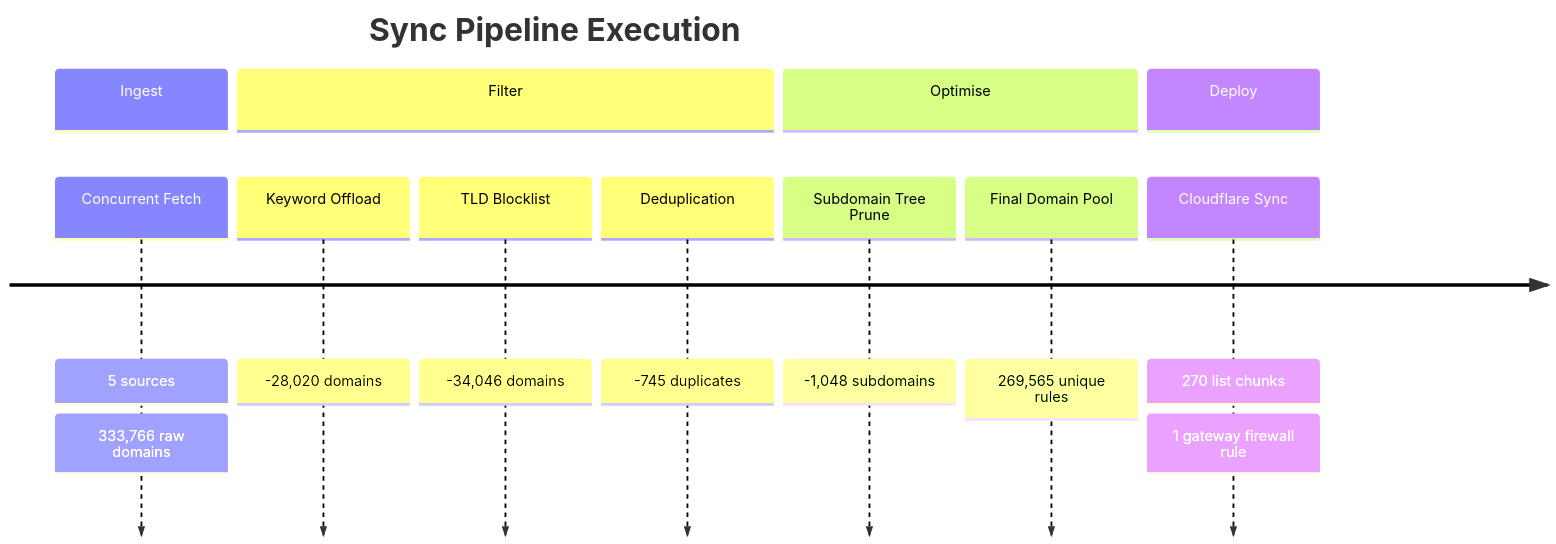
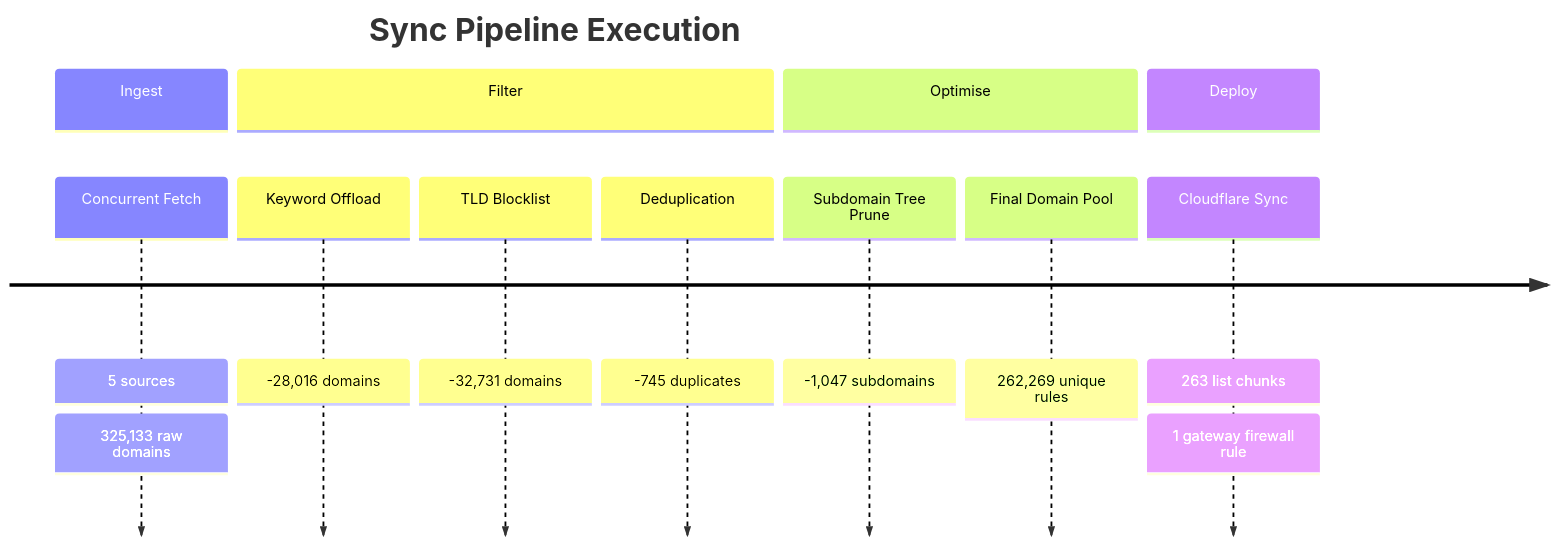
The second of 6 diagrams in README_STATS.md (brojangles24/Cloudflare-ZeroTrust-AdBlock), drawn with Mermaid before and after one commit. The commit also changed other lines of this file and 1 other file, not shown here.

````diff
--- a/README_STATS.md
+++ b/README_STATS.md
@@ -54,17 +54,17 @@
 ```mermaid
 timeline
     title Sync Pipeline Execution
     section Ingest
         Concurrent Fetch   : 5 sources
-                           : 333,766 raw domains
+                           : 325,133 raw domains
     section Filter
-        Keyword Offload    : -28,020 domains
-        TLD Blocklist      : -34,046 domains
+        Keyword Offload    : -28,016 domains
+        TLD Blocklist      : -32,731 domains
         Deduplication      : -745 duplicates
     section Optimise
-        Subdomain Tree Prune : -1,048 subdomains
-        Final Domain Pool    : 269,565 unique rules
+        Subdomain Tree Prune : -1,047 subdomains
+        Final Domain Pool    : 262,269 unique rules
     section Deploy
-        Cloudflare Sync    : 270 list chunks
+        Cloudflare Sync    : 263 list chunks
                            : 1 gateway firewall rule
 ```
````
